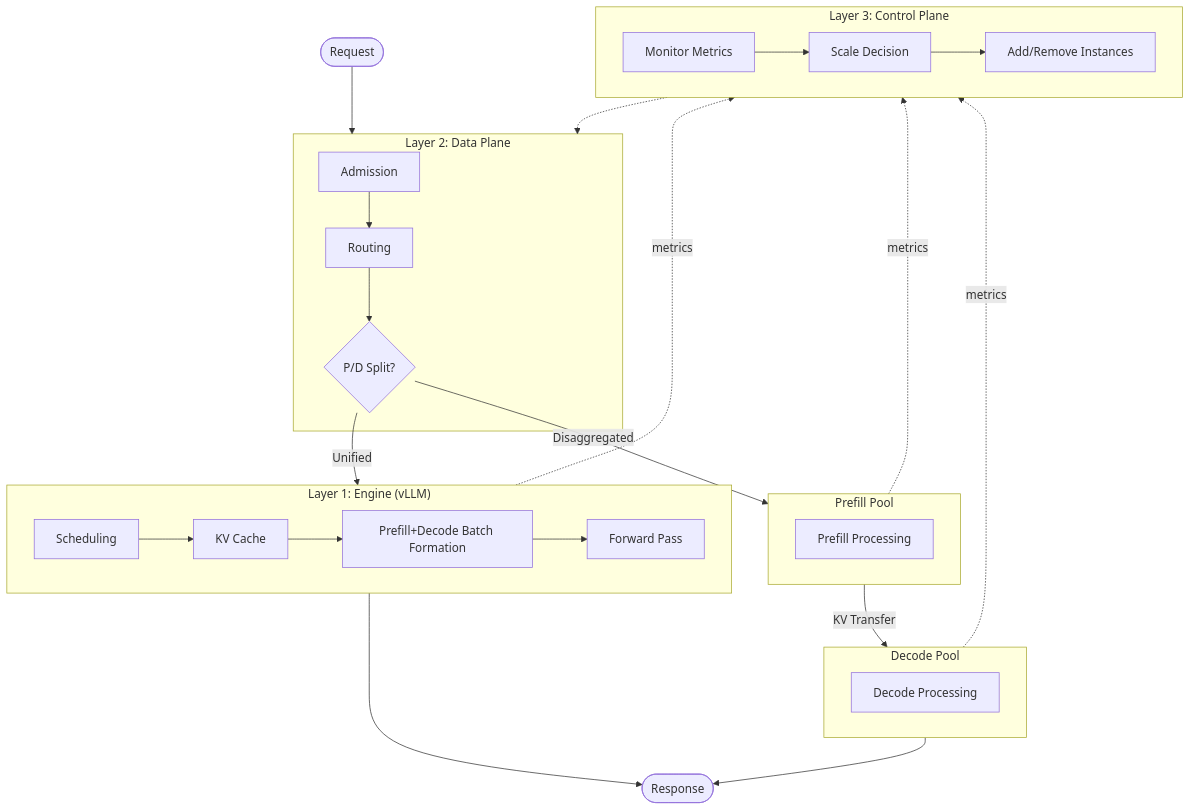
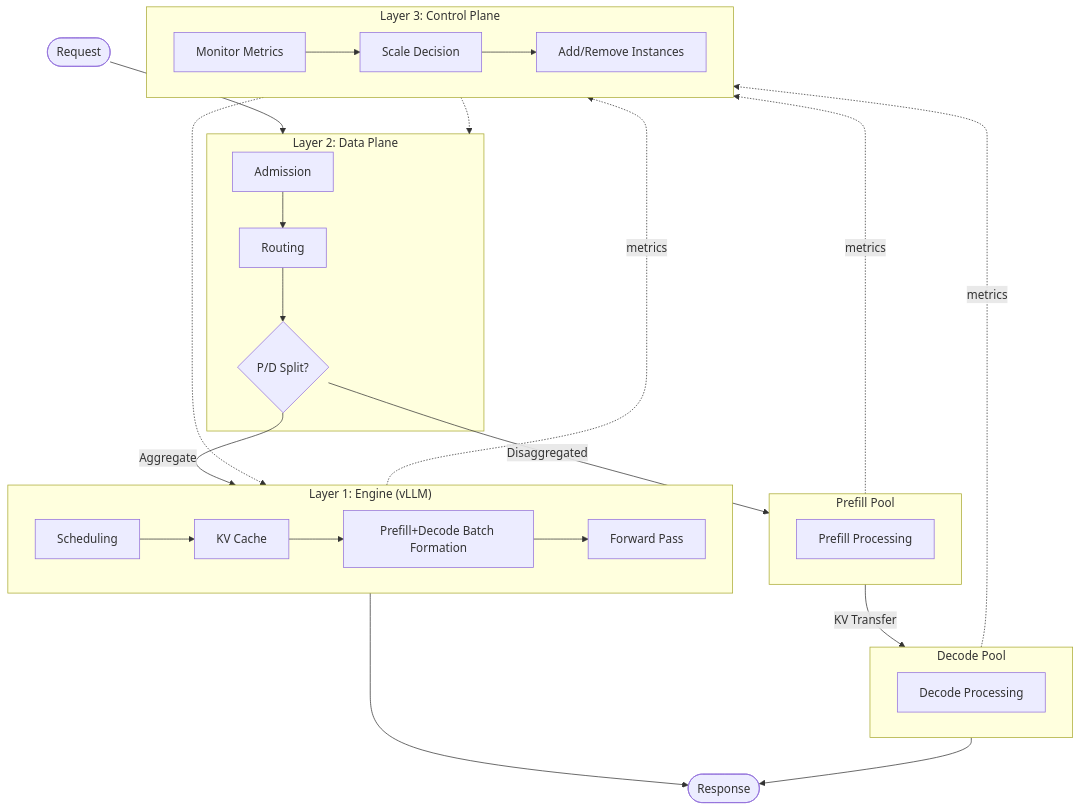
One commit to inference-sim/inference-sim changed the first of 3 diagrams in docs/blog/posts/building-trust-physics-of-simulation.md. Above: the diagram before and after it, drawn with Mermaid. The commit also changed other lines of this file, not shown here.

````diff
--- a/docs/blog/posts/building-trust-physics-of-simulation.md
+++ b/docs/blog/posts/building-trust-physics-of-simulation.md
@@ -47,44 +47,45 @@
 ```mermaid
 flowchart TB
     subgraph Layer1["Layer 1: Engine (vLLM)"]
         Sched[Scheduling]
         KV[KV Cache]
         Batch[Prefill+Decode Batch Formation]
         Step[Forward Pass]
         Sched --> KV --> Batch --> Step
     end
 
     subgraph Layer2["Layer 2: Data Plane"]
         Admit[Admission]
         Route[Routing]
         PD{P/D Split?}
         Admit --> Route
         Route --> PD
     end
 
     subgraph PrefillPool["Prefill Pool"]
         PF[Prefill Processing]
     end
 
     subgraph DecodePool["Decode Pool"]
         Dec[Decode Processing]
     end
 
     subgraph Layer3["Layer 3: Control Plane"]
         Monitor[Monitor Metrics]
         Decide[Scale Decision]
         Actuate[Add/Remove Instances]
         Monitor --> Decide --> Actuate
     end
 
     Request([Request]) --> Layer2
-    PD -->|Unified| Layer1
+    PD -->|Aggregate| Layer1
     PD -->|Disaggregated| PrefillPool
     PrefillPool -->|KV Transfer| DecodePool
     Layer1 --> Response([Response])
     DecodePool --> Response
     Layer3 -.-> Layer2
+    Layer3 -.-> Layer1
     Layer1 -.->|metrics| Layer3
     PrefillPool -.->|metrics| Layer3
     DecodePool -.->|metrics| Layer3
 ```
````
